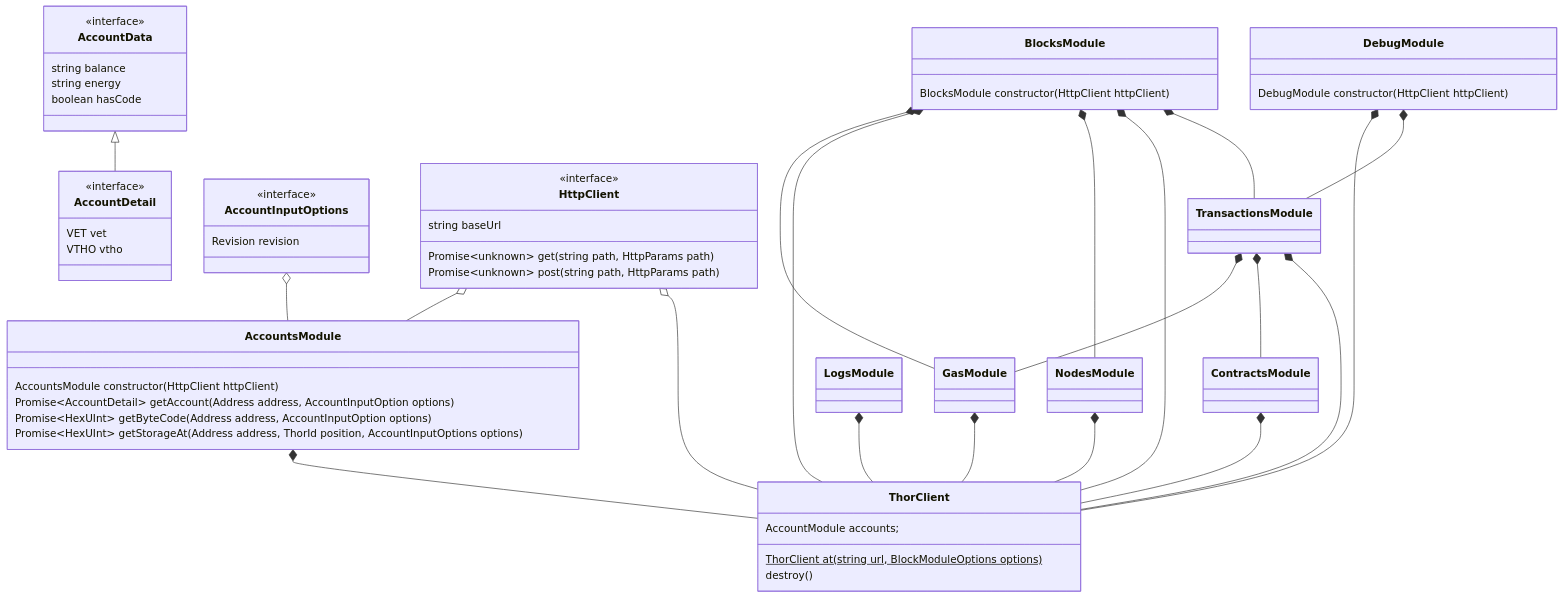
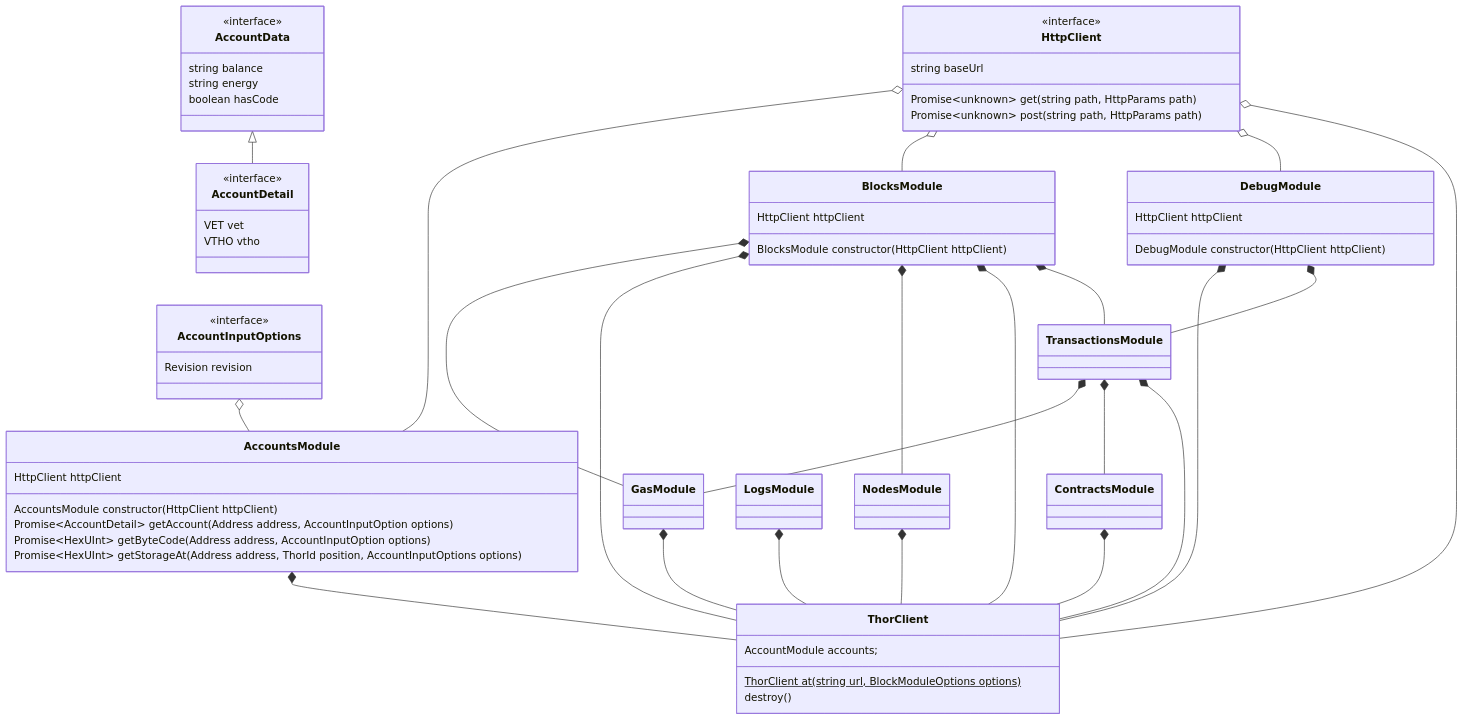
Before and after one commit to vechain/vechain-sdk-js: the diagram in docs/diagrams/architecture/network.md, drawn with Mermaid. The commit also changed 6 other files, not shown here.

Commit message:
feat: 1450 debug module refactoring

````diff
--- a/docs/diagrams/architecture/network.md
+++ b/docs/diagrams/architecture/network.md
@@ -1,70 +1,76 @@
 ```mermaid
 classDiagram
     class AccountData {
         <<interface>>
         string balance
         string energy
         boolean hasCode
     }
     class AccountDetail {
         <<interface>>
         VET vet
         VTHO vtho
     }
     class AccountInputOptions {
         <<interface>>
         Revision revision
     }
     class AccountsModule {
+        HttpClient httpClient
         AccountsModule constructor(HttpClient httpClient)
         Promise~AccountDetail~ getAccount(Address address, AccountInputOption options)
         Promise~HexUInt~ getByteCode(Address address, AccountInputOption options)
         Promise~HexUInt~ getStorageAt(Address address, ThorId position, AccountInputOptions options)
     }
     class BlocksModule {
+        HttpClient httpClient
         BlocksModule constructor(HttpClient httpClient)
     }
     class ContractsModule {
     }
     class DebugModule {
+        HttpClient httpClient
         DebugModule constructor(HttpClient httpClient)
+        
     }
     class GasModule {
     }
     class HttpClient {
         <<interface>>
         string baseUrl
         Promise~unknown~ get(string path, HttpParams path)
         Promise~unknown~ post(string path, HttpParams path)
     }
     class LogsModule {
     }
     class NodesModule {
     }
     class ThorClient {
         AccountModule accounts;
         ThorClient at(string url, BlockModuleOptions options)$
         destroy()
     }
     class TransactionsModule {
     }
     AccountData <|-- AccountDetail
     AccountInputOptions o-- AccountsModule
     AccountsModule *-- ThorClient
     BlocksModule *-- GasModule
     BlocksModule *-- ThorClient
     BlocksModule *-- NodesModule
     BlocksModule *-- ThorClient
     BlocksModule *-- TransactionsModule
     ContractsModule *-- ThorClient
     DebugModule *-- ThorClient
     DebugModule *-- TransactionsModule
     GasModule *-- ThorClient
     HttpClient o-- AccountsModule
+    HttpClient o-- BlocksModule
+    HttpClient o-- DebugModule
     HttpClient o-- ThorClient
     LogsModule *-- ThorClient
     NodesModule *-- ThorClient
     TransactionsModule *-- GasModule
     TransactionsModule *-- ContractsModule
     TransactionsModule *-- ThorClient
 ```
````
